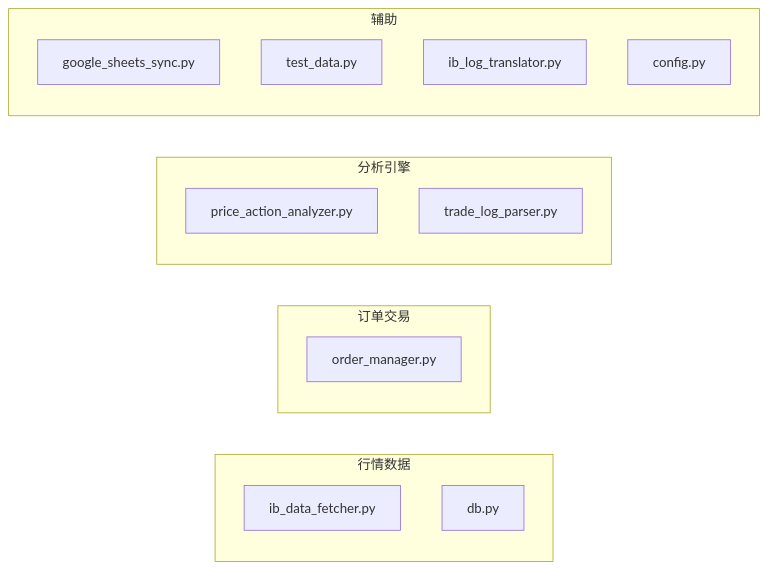
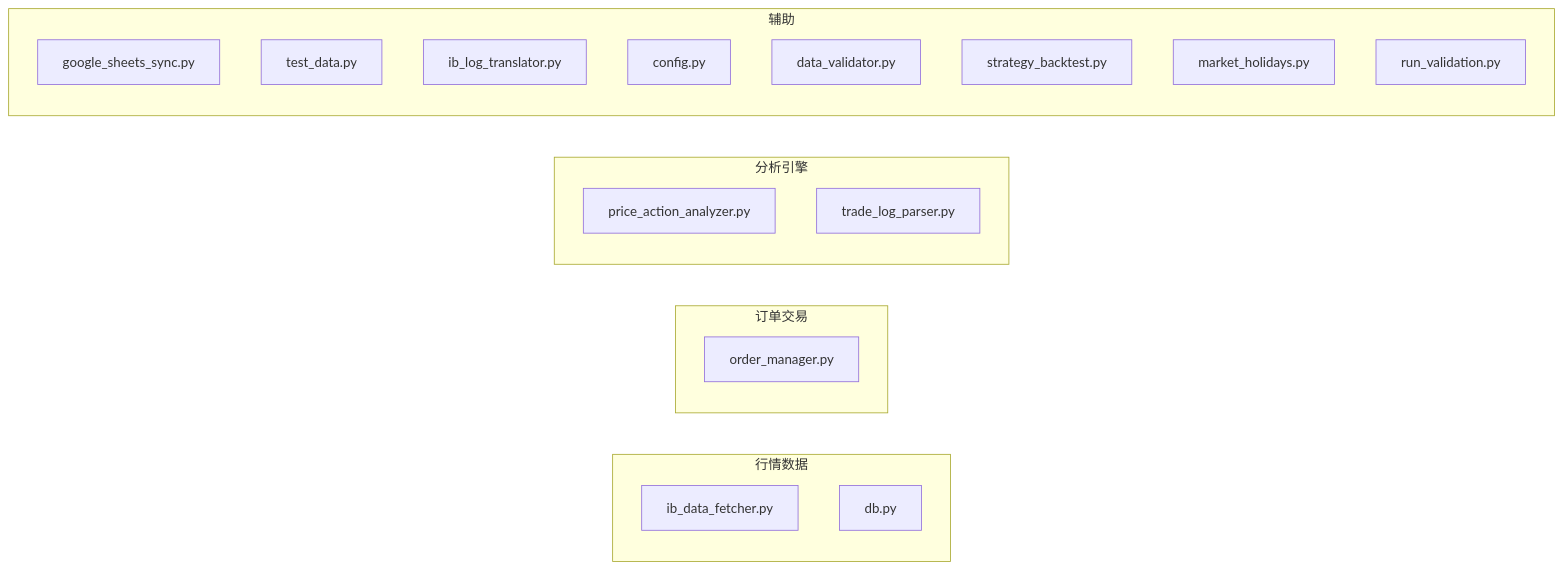
One commit to ditto0907/TradeDev changed the fourth of 7 diagrams in priceaction/README.md. Above: the diagram before and after it, drawn with Mermaid. The commit also changed other lines of this file, not shown here.

First line of the commit message:
docs: update README with Strategy, Data Validation, Trade History features

````diff
--- a/priceaction/README.md
+++ b/priceaction/README.md
@@ -345,20 +374,24 @@
 ```mermaid
 graph LR
     subgraph 行情数据
         IDF2["ib_data_fetcher.py"]
         DB2["db.py"]
     end
     subgraph 订单交易
         OM2["order_manager.py"]
     end
     subgraph 分析引擎
         PA2["price_action_analyzer.py"]
         TLP2["trade_log_parser.py"]
     end
     subgraph 辅助
         GS2["google_sheets_sync.py"]
         TD2["test_data.py"]
         ILT["ib_log_translator.py"]
         CFG2["config.py"]
+        DV["data_validator.py"]
+        SB["strategy_backtest.py"]
+        MH["market_holidays.py"]
+        RV["run_validation.py"]
     end
 ```
````
